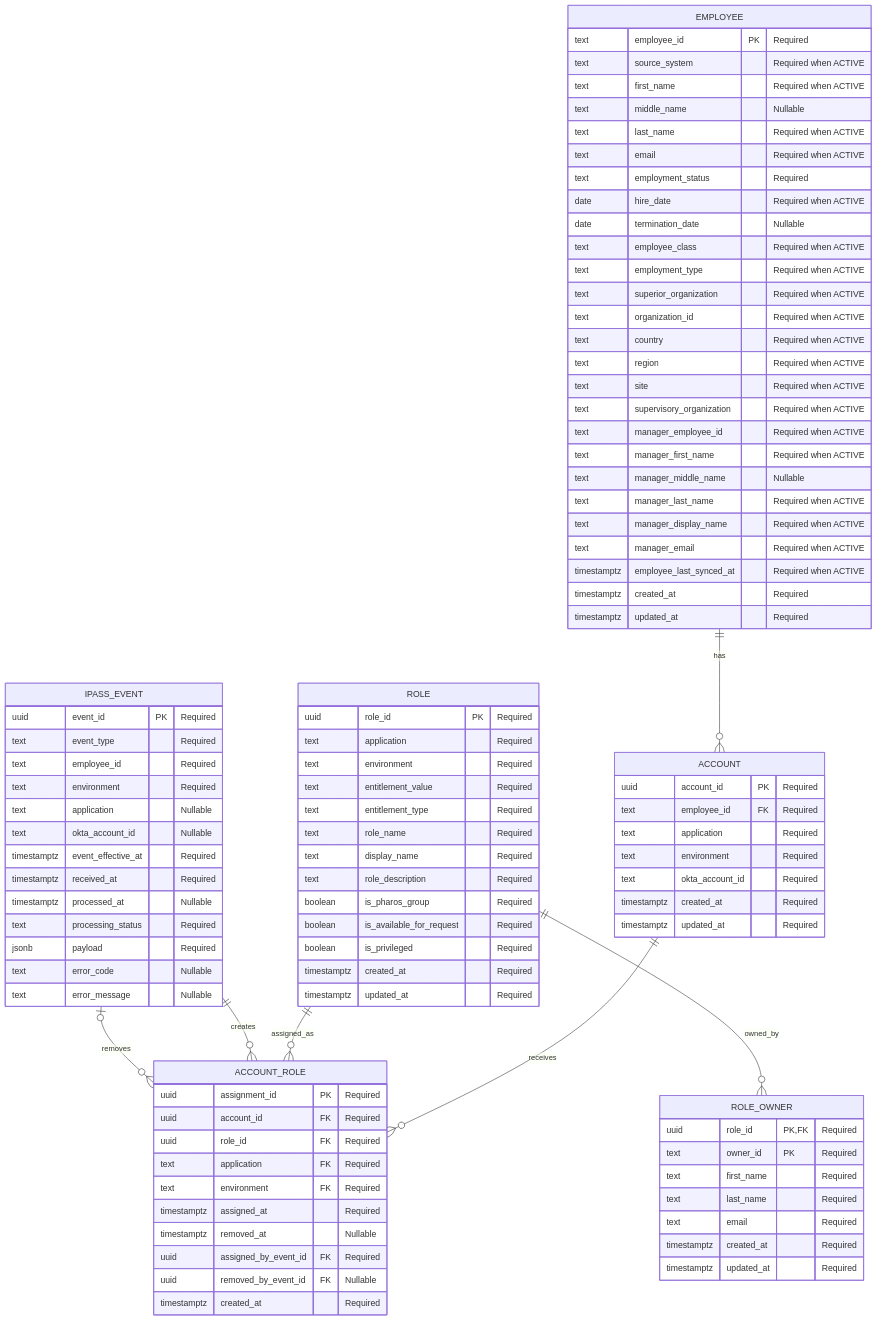
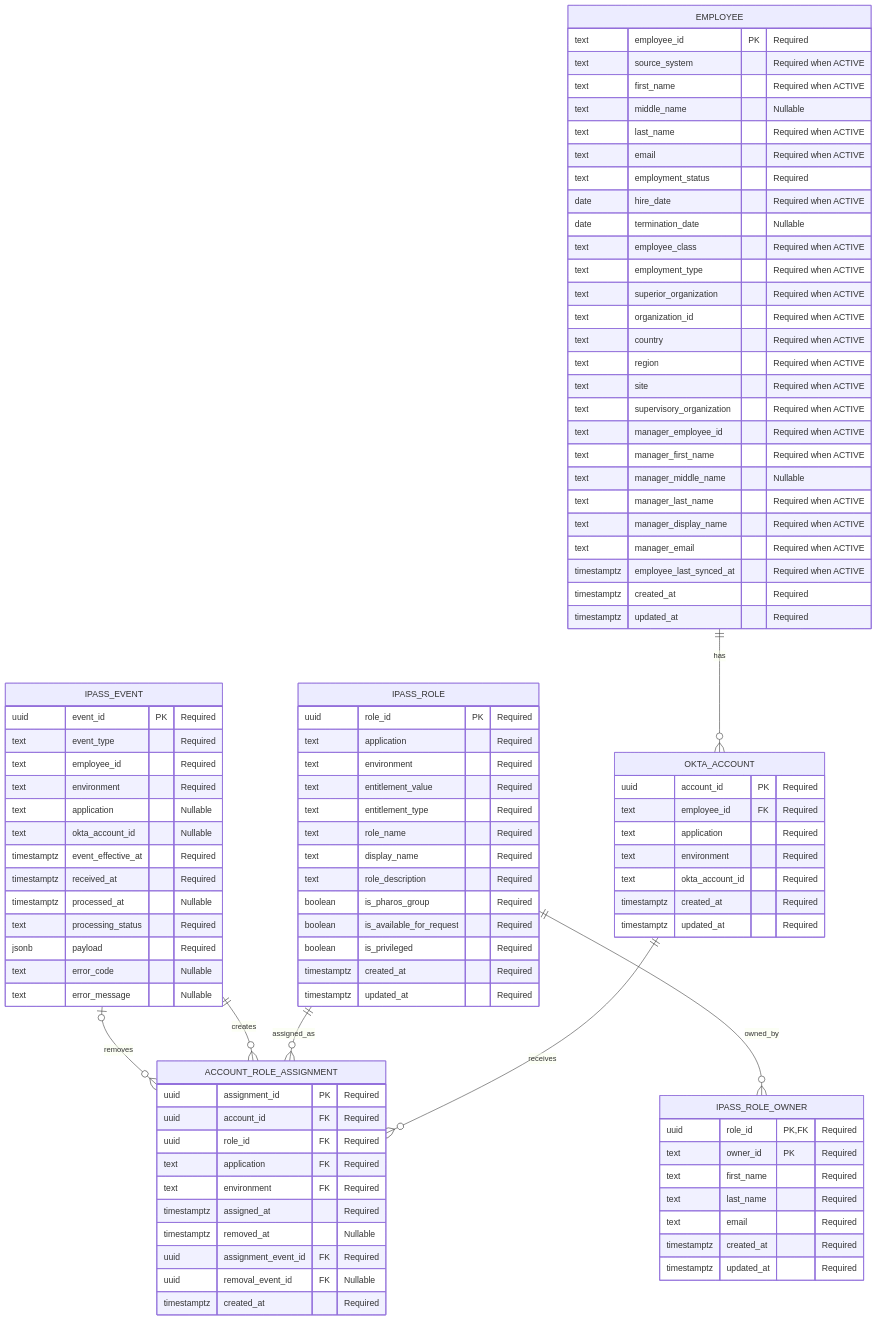
Before and after one commit to bvm-arjun108/user-access-management: the diagram in docs/pharos-ingestion-full-erd.mmd, drawn with Mermaid. The commit also changed 14 other files, not shown here.

```diff
--- a/docs/pharos-ingestion-full-erd.mmd
+++ b/docs/pharos-ingestion-full-erd.mmd
@@ -1,101 +1,101 @@
 erDiagram
-    EMPLOYEE ||--o{ ACCOUNT : has
-    ACCOUNT ||--o{ ACCOUNT_ROLE : receives
-    ROLE ||--o{ ACCOUNT_ROLE : assigned_as
-    ROLE ||--o{ ROLE_OWNER : owned_by
-    IPASS_EVENT ||--o{ ACCOUNT_ROLE : creates
-    IPASS_EVENT o|--o{ ACCOUNT_ROLE : removes
+    EMPLOYEE ||--o{ OKTA_ACCOUNT : has
+    OKTA_ACCOUNT ||--o{ ACCOUNT_ROLE_ASSIGNMENT : receives
+    IPASS_ROLE ||--o{ ACCOUNT_ROLE_ASSIGNMENT : assigned_as
+    IPASS_ROLE ||--o{ IPASS_ROLE_OWNER : owned_by
+    IPASS_EVENT ||--o{ ACCOUNT_ROLE_ASSIGNMENT : creates
+    IPASS_EVENT o|--o{ ACCOUNT_ROLE_ASSIGNMENT : removes
 
     EMPLOYEE {
         text employee_id PK "Required"
         text source_system "Required when ACTIVE"
         text first_name "Required when ACTIVE"
         text middle_name "Nullable"
         text last_name "Required when ACTIVE"
         text email "Required when ACTIVE"
         text employment_status "Required"
         date hire_date "Required when ACTIVE"
         date termination_date "Nullable"
         text employee_class "Required when ACTIVE"
         text employment_type "Required when ACTIVE"
         text superior_organization "Required when ACTIVE"
         text organization_id "Required when ACTIVE"
         text country "Required when ACTIVE"
         text region "Required when ACTIVE"
         text site "Required when ACTIVE"
         text supervisory_organization "Required when ACTIVE"
         text manager_employee_id "Required when ACTIVE"
         text manager_first_name "Required when ACTIVE"
         text manager_middle_name "Nullable"
         text manager_last_name "Required when ACTIVE"
         text manager_display_name "Required when ACTIVE"
         text manager_email "Required when ACTIVE"
         timestamptz employee_last_synced_at "Required when ACTIVE"
         timestamptz created_at "Required"
         timestamptz updated_at "Required"
     }
 
-    ACCOUNT {
+    OKTA_ACCOUNT {
         uuid account_id PK "Required"
         text employee_id FK "Required"
         text application "Required"
         text environment "Required"
         text okta_account_id "Required"
         timestamptz created_at "Required"
         timestamptz updated_at "Required"
     }
 
-    ROLE {
+    IPASS_ROLE {
         uuid role_id PK "Required"
         text application "Required"
         text environment "Required"
         text entitlement_value "Required"
         text entitlement_type "Required"
         text role_name "Required"
         text display_name "Required"
         text role_description "Required"
         boolean is_pharos_group "Required"
         boolean is_available_for_request "Required"
         boolean is_privileged "Required"
         timestamptz created_at "Required"
         timestamptz updated_at "Required"
     }
 
-    ROLE_OWNER {
+    IPASS_ROLE_OWNER {
         uuid role_id PK,FK "Required"
         text owner_id PK "Required"
         text first_name "Required"
         text last_name "Required"
         text email "Required"
         timestamptz created_at "Required"
         timestamptz updated_at "Required"
     }
 
     IPASS_EVENT {
         uuid event_id PK "Required"
         text event_type "Required"
         text employee_id "Required"
         text environment "Required"
         text application "Nullable"
         text okta_account_id "Nullable"
         timestamptz event_effective_at "Required"
         timestamptz received_at "Required"
         timestamptz processed_at "Nullable"
         text processing_status "Required"
         jsonb payload "Required"
         text error_code "Nullable"
         text error_message "Nullable"
     }
 
-    ACCOUNT_ROLE {
+    ACCOUNT_ROLE_ASSIGNMENT {
         uuid assignment_id PK "Required"
         uuid account_id FK "Required"
         uuid role_id FK "Required"
         text application FK "Required"
         text environment FK "Required"
         timestamptz assigned_at "Required"
         timestamptz removed_at "Nullable"
-        uuid assigned_by_event_id FK "Required"
-        uuid removed_by_event_id FK "Nullable"
+        uuid assignment_event_id FK "Required"
+        uuid removal_event_id FK "Nullable"
         timestamptz created_at "Required"
     }
```
